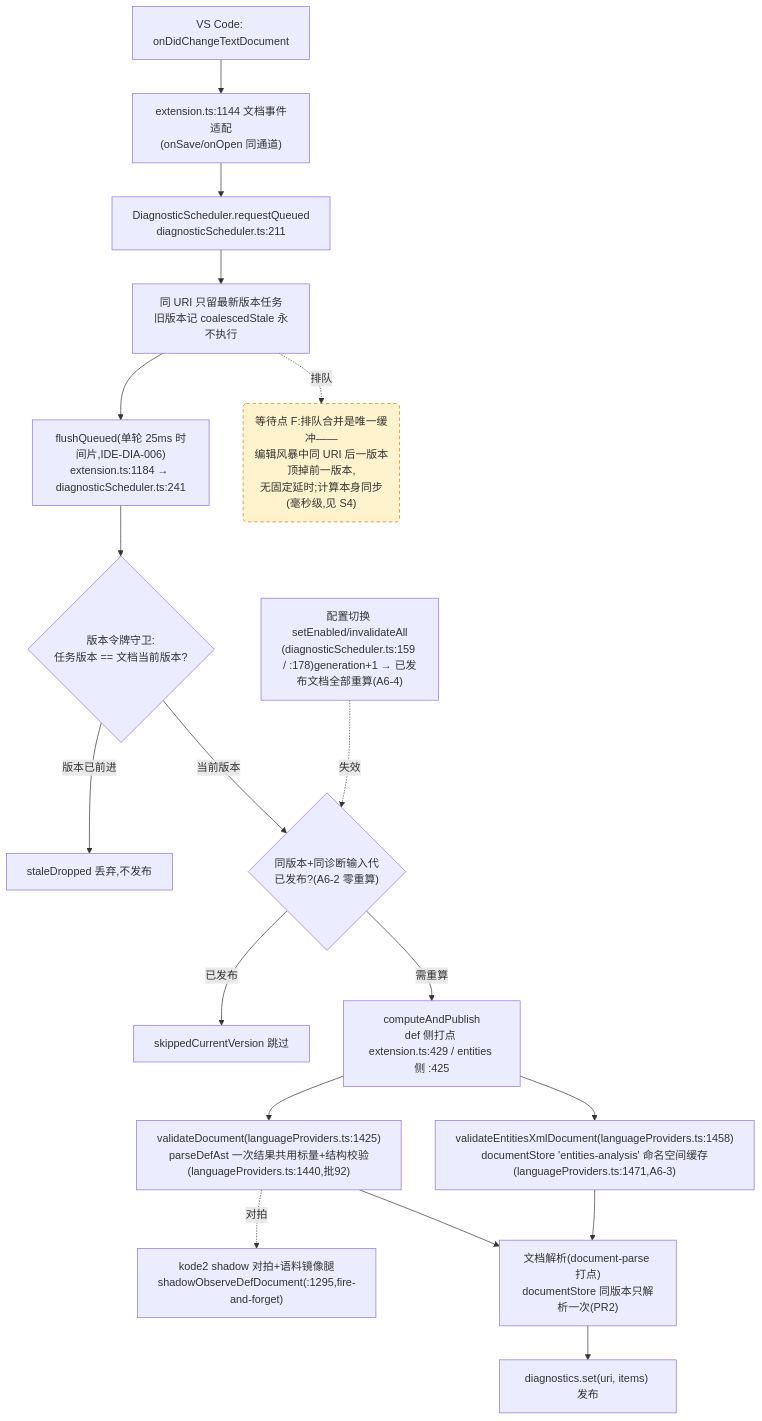
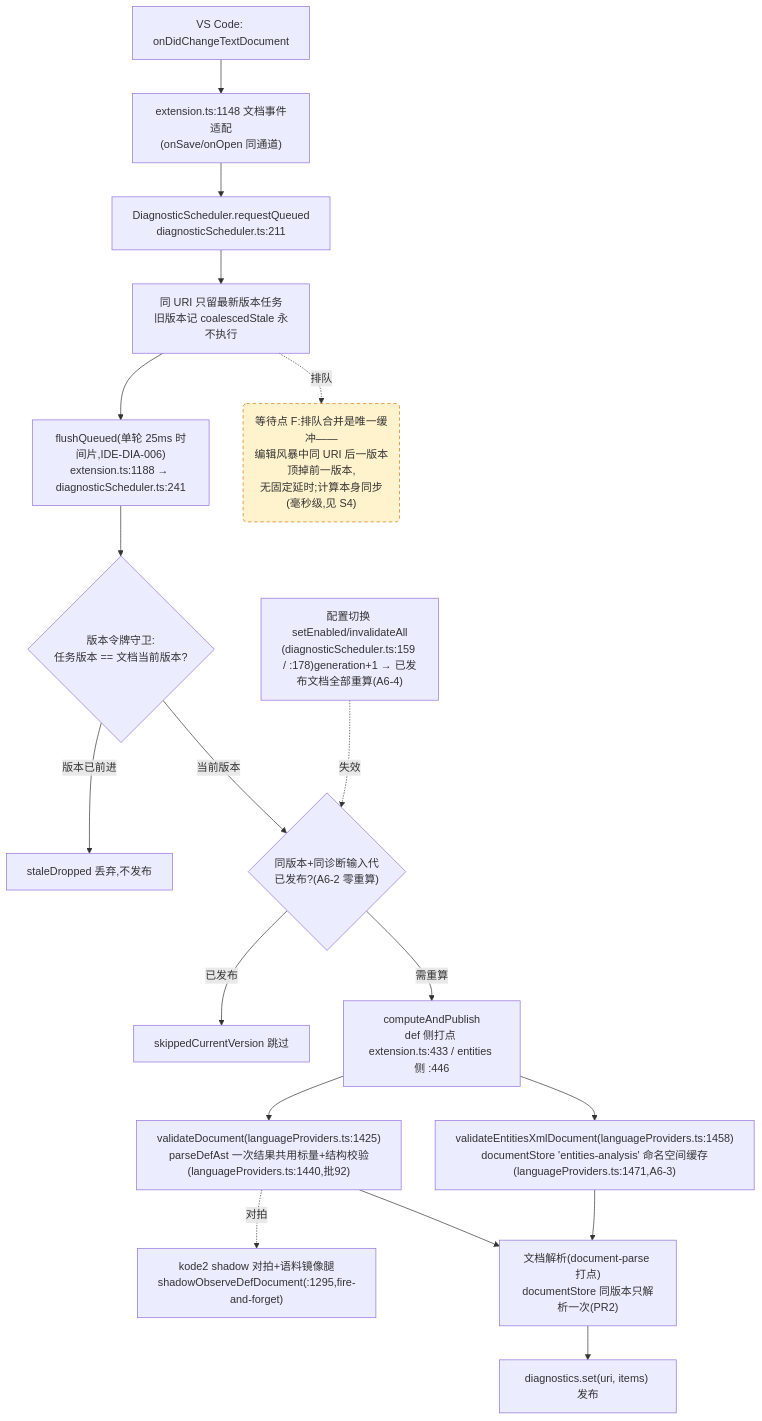
Before and after one commit to cuihairu/kode: the fourth of 4 diagrams in docs/perf/2026-baseline.md, drawn with Mermaid. The commit also changed other lines of this file and 17 other files, not shown here.

````diff
--- a/docs/perf/2026-baseline.md
+++ b/docs/perf/2026-baseline.md
@@ -214,38 +214,38 @@
 ```mermaid
 flowchart TD
   CHG["VS Code: onDidChangeTextDocument"]
-  WATCH["extension.ts:1144 文档事件适配<br/>(onSave/onOpen 同通道)"]
+  WATCH["extension.ts:1148 文档事件适配<br/>(onSave/onOpen 同通道)"]
   RQ["DiagnosticScheduler.requestQueued<br/>diagnosticScheduler.ts:211"]
   CO["同 URI 只留最新版本任务<br/>旧版本记 coalescedStale 永不执行"]
-  FL["flushQueued(单轮 25ms 时间片,IDE-DIA-006)<br/>extension.ts:1184 → diagnosticScheduler.ts:241"]
+  FL["flushQueued(单轮 25ms 时间片,IDE-DIA-006)<br/>extension.ts:1188 → diagnosticScheduler.ts:241"]
   VG{"版本令牌守卫:<br/>任务版本 == 文档当前版本?"}
   DROP["staleDropped 丢弃,不发布"]
   GEN{"同版本+同诊断输入代<br/>已发布?(A6-2 零重算)"}
   SKIP["skippedCurrentVersion 跳过"]
-  CALC["computeAndPublish<br/>def 侧打点 extension.ts:429 / entities 侧 :425"]
+  CALC["computeAndPublish<br/>def 侧打点 extension.ts:433 / entities 侧 :446"]
   VD["validateDocument(languageProviders.ts:1425)<br/>parseDefAst 一次结果共用标量+结构校验(languageProviders.ts:1440,批92)"]
   VEX["validateEntitiesXmlDocument(languageProviders.ts:1458)<br/>documentStore 'entities-analysis' 命名空间缓存(languageProviders.ts:1471,A6-3)"]
   SHDD["kode2 shadow 对拍+语料镜像腿<br/>shadowObserveDefDocument(:1295,fire-and-forget)"]
   DS["文档解析(document-parse 打点)<br/>documentStore 同版本只解析一次(PR2)"]
   PUB["diagnostics.set(uri, items) 发布"]
   CFG2["配置切换 setEnabled/invalidateAll<br/>(diagnosticScheduler.ts:159 / :178)generation+1 → 已发布文档全部重算(A6-4)"]
 
   CHG --> WATCH --> RQ --> CO --> FL --> VG
   VG -- "版本已前进" --> DROP
   VG -- "当前版本" --> GEN
   GEN -- "已发布" --> SKIP
   GEN -- "需重算" --> CALC
   CALC --> VD
   CALC --> VEX
   VD --> DS
   VEX --> DS
   DS --> PUB
   VD -.->|对拍| SHDD
   CFG2 -.->|失效| GEN
 
   WAITF("等待点 F:排队合并是唯一缓冲——<br/>编辑风暴中同 URI 后一版本顶掉前一版本,<br/>无固定延时;计算本身同步(毫秒级,见 S4)")
   CO -.->|排队| WAITF
 
   classDef waitPoint fill:#fff3cd,stroke:#d97706,stroke-dasharray:5 4;
   class WAITF waitPoint;
 ```
````
